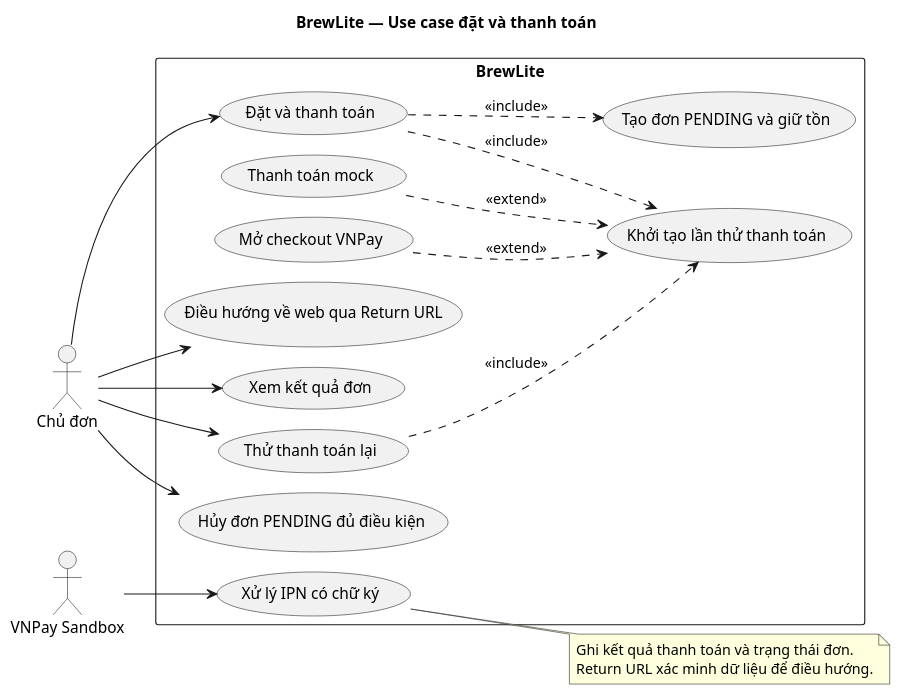
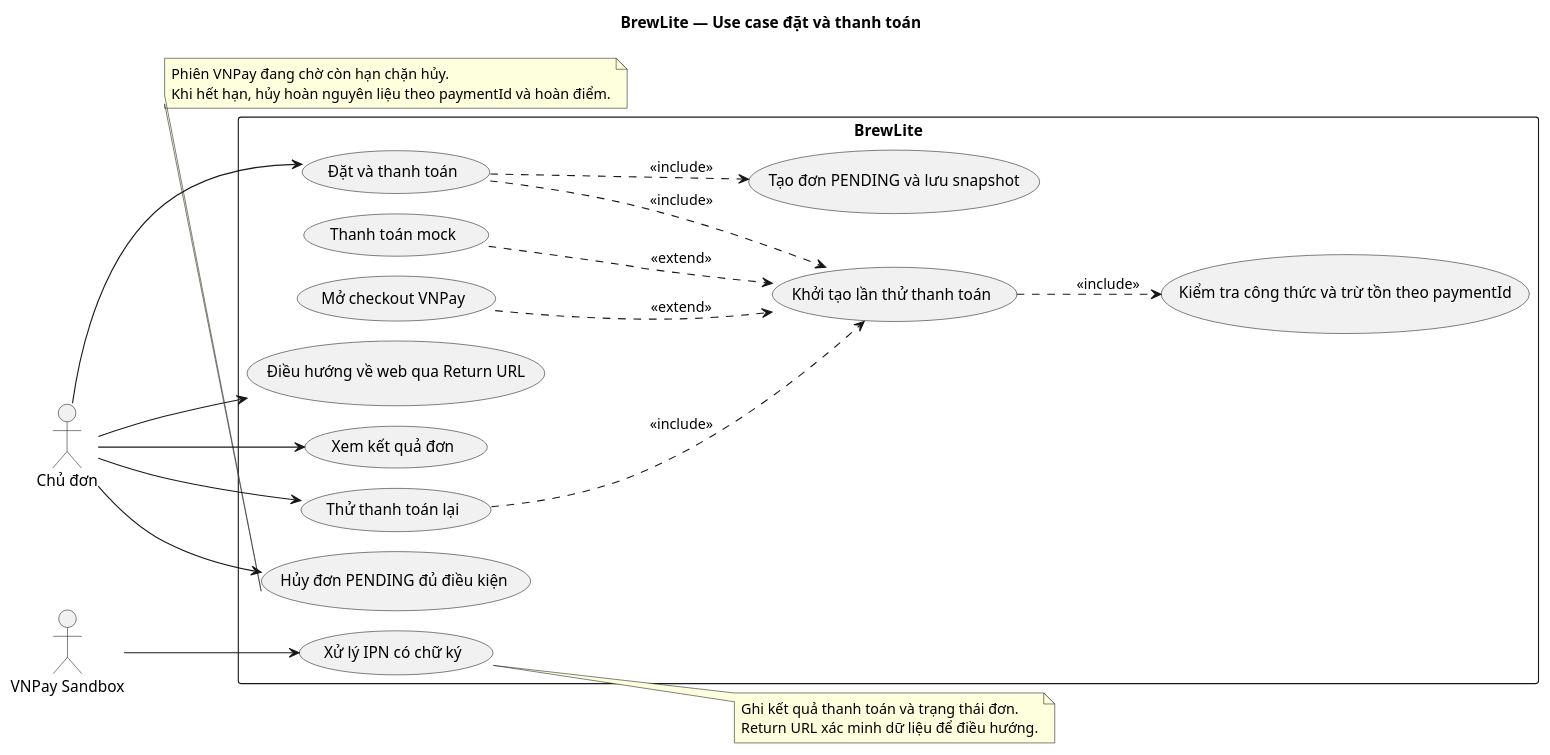
Before and after one commit to VKhair/brewlite: the diagram in docs/diagrams/BrewLite_DatVaThanhToan.puml, drawn with PlantUML. The commit also changed 58 other files, not shown here.

```diff
--- a/docs/diagrams/BrewLite_DatVaThanhToan.puml
+++ b/docs/diagrams/BrewLite_DatVaThanhToan.puml
@@ -1,39 +1,46 @@
 @startuml
 title BrewLite — Use case đặt và thanh toán
 left to right direction
 !pragma layout smetana
 skinparam shadowing false
 
 actor "Chủ đơn" as Customer
 actor "VNPay Sandbox" as Gateway
 
 rectangle "BrewLite" {
   usecase "Đặt và thanh toán" as Checkout
-  usecase "Tạo đơn PENDING và giữ tồn" as Create
+  usecase "Tạo đơn PENDING và lưu snapshot" as Create
   usecase "Khởi tạo lần thử thanh toán" as Pay
+  usecase "Kiểm tra công thức và trừ tồn theo paymentId" as Inventory
   usecase "Thanh toán mock" as Mock
   usecase "Mở checkout VNPay" as Vnpay
   usecase "Điều hướng về web qua Return URL" as Return
   usecase "Xử lý IPN có chữ ký" as Ipn
   usecase "Xem kết quả đơn" as Result
   usecase "Thử thanh toán lại" as Retry
   usecase "Hủy đơn PENDING đủ điều kiện" as Cancel
 }
 
 Customer --> Checkout
 Customer --> Return
 Customer --> Result
 Customer --> Retry
 Customer --> Cancel
 Checkout ..> Create : <<include>>
 Checkout ..> Pay : <<include>>
+Pay ..> Inventory : <<include>>
 Mock ..> Pay : <<extend>>
 Vnpay ..> Pay : <<extend>>
 Retry ..> Pay : <<include>>
 Gateway --> Ipn
+
+note bottom of Cancel
+  Phiên VNPay đang chờ còn hạn chặn hủy.
+  Khi hết hạn, hủy hoàn nguyên liệu theo paymentId và hoàn điểm.
+end note
 
 note right of Ipn
   Ghi kết quả thanh toán và trạng thái đơn.
   Return URL xác minh dữ liệu để điều hướng.
 end note
 @enduml
```
